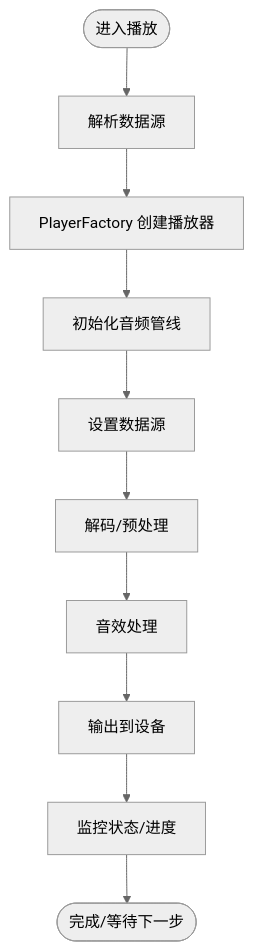
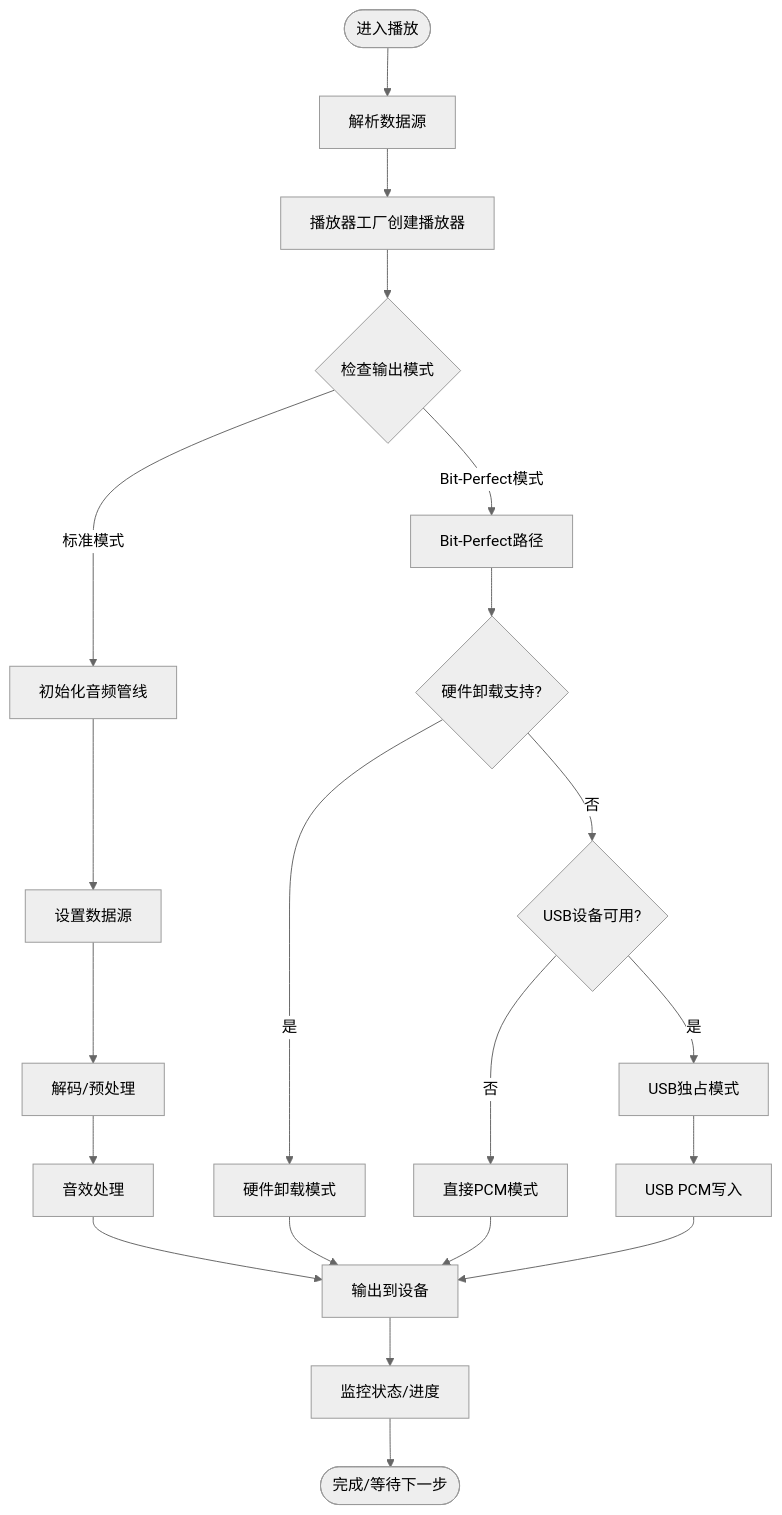
One commit to ysyhlly/Yukine-android changed the seventh of 14 diagrams in .qoder/repowiki/zh/content/架构设计/模块化设计/功能特性模块/播放核心模块 (feature_playback).md. Above: the diagram before and after it, drawn with Mermaid (neutral theme). The commit also changed other lines of this file and 254 other files, not shown here.

````diff
--- a/.qoder/repowiki/zh/content/架构设计/模块化设计/功能特性模块/播放核心模块 (feature_playback).md
+++ b/.qoder/repowiki/zh/content/架构设计/模块化设计/功能特性模块/播放核心模块 (feature_playback).md
@@ -315,12 +463,23 @@
 ```mermaid
 flowchart TD
 Start(["进入播放"]) --> Resolve["解析数据源"]
-Resolve --> CreatePlayer["PlayerFactory 创建播放器"]
-CreatePlayer --> InitPipeline["初始化音频管线"]
+Resolve --> CreatePlayer["播放器工厂创建播放器"]
+CreatePlayer --> ModeCheck{"检查输出模式"}
+ModeCheck --> |标准模式| InitPipeline["初始化音频管线"]
+ModeCheck --> |Bit-Perfect模式| BPPath["Bit-Perfect路径"]
 InitPipeline --> SetSource["设置数据源"]
 SetSource --> Decode["解码/预处理"]
 Decode --> Effects["音效处理"]
 Effects --> Output["输出到设备"]
+BPPath --> OffloadCheck{"硬件卸载支持?"}
+OffloadCheck --> |是| HardwareOffload["硬件卸载模式"]
+OffloadCheck --> |否| DirectPCMCk{"USB设备可用?"}
+DirectPCMCk --> |是| USBExclusive["USB独占模式"]
+DirectPCMCk --> |否| DirectPCM["直接PCM模式"]
+HardwareOffload --> Output
+USBExclusive --> USBWrite["USB PCM写入"]
+DirectPCM --> Output
+USBWrite --> Output
 Output --> Monitor["监控状态/进度"]
 Monitor --> End(["完成/等待下一步"])
 ```
````
